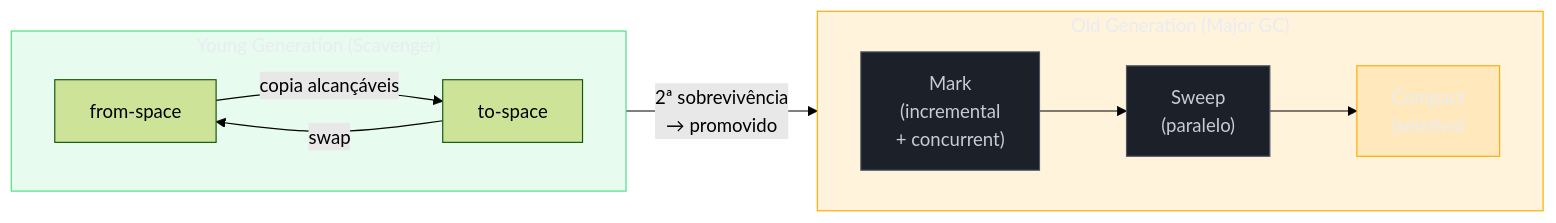
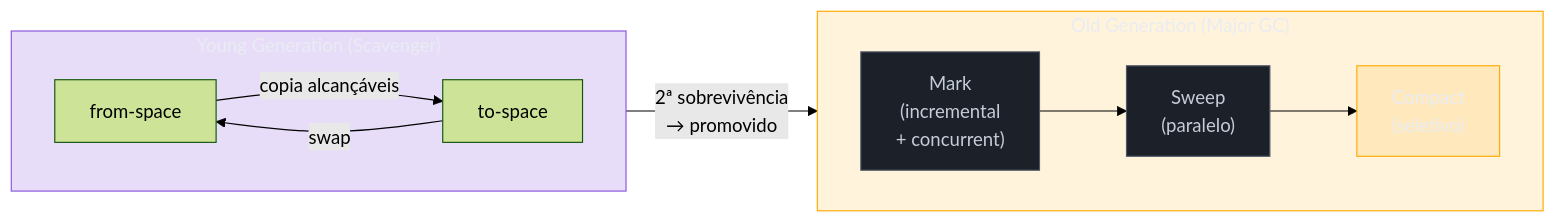
Before and after one commit to josenaldo/codex-technomanticus: the second of 2 diagrams in 03-Dominios/Tecnologia/JavaScript/21 - Memory management.md, drawn with Mermaid (forest theme). The commit also changed 601 other files, not shown here.

````diff
--- a/03-Dominios/Tecnologia/JavaScript/21 - Memory management.md
+++ b/03-Dominios/Tecnologia/JavaScript/21 - Memory management.md
@@ -154,23 +154,23 @@
 ```mermaid
 flowchart LR
-    classDef ok fill:#4ADE8021,stroke:#4ADE80,color:#E9ECF2
+    classDef marca fill:#8855DF33,stroke:#8855DF,color:#E9ECF2
     classDef destaque fill:#FFAA0024,stroke:#FFAA00,color:#E9ECF2
     classDef neutro fill:#1B2029,stroke:#4E5666,color:#C6CCD8
     subgraph YG["Young Generation (Scavenger)"]
         direction LR
         NF["from-space"] -->|"copia alcançáveis"| NT["to-space"]
         NT -->|"swap"| NF
     end
     YG -->|"2ª sobrevivência\n→ promovido"| OG
 
     subgraph OG["Old Generation (Major GC)"]
         direction LR
         M["Mark\n(incremental\n+ concurrent)"] --> S["Sweep\n(paralelo)"] --> C["Compact\n(seletivo)"]
     end
 
-    class YG ok
+    class YG marca
     class OG destaque
     class M neutro
     class S neutro
     class C destaque
 ```
````
